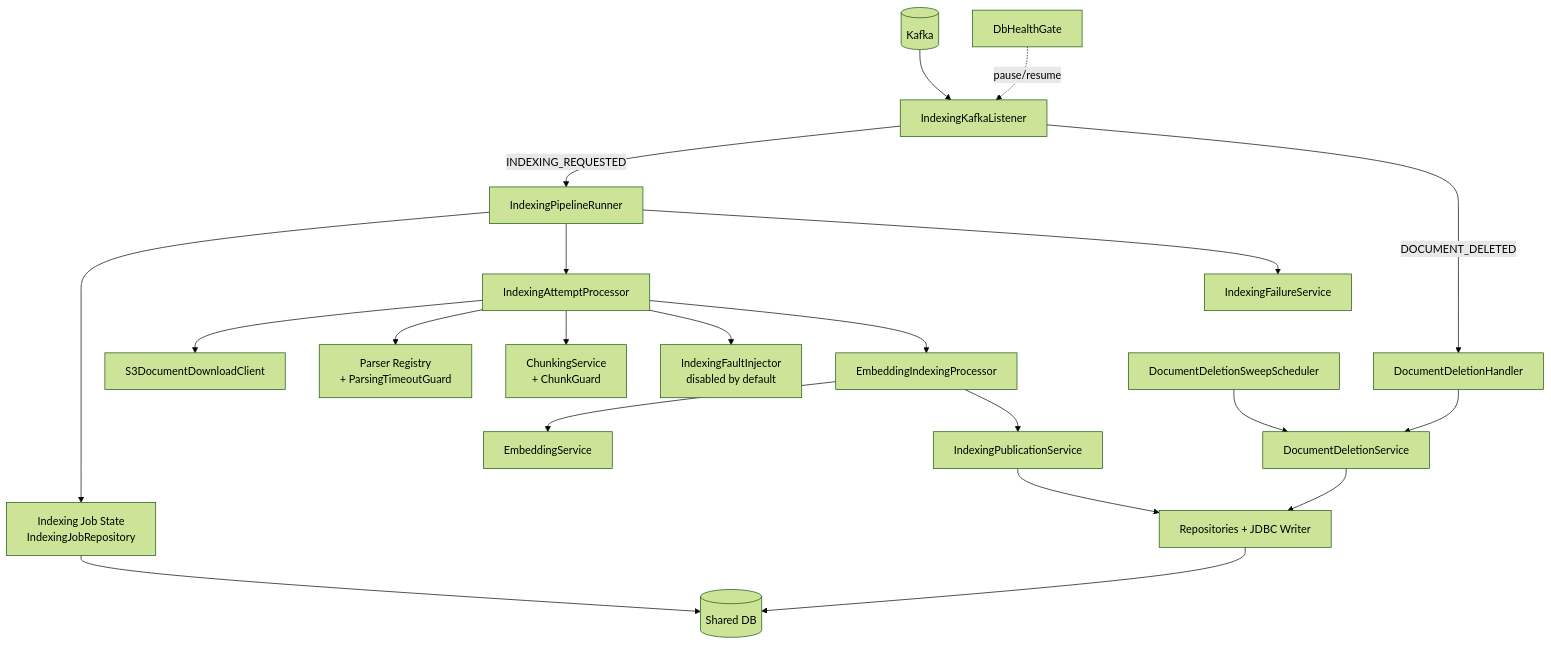
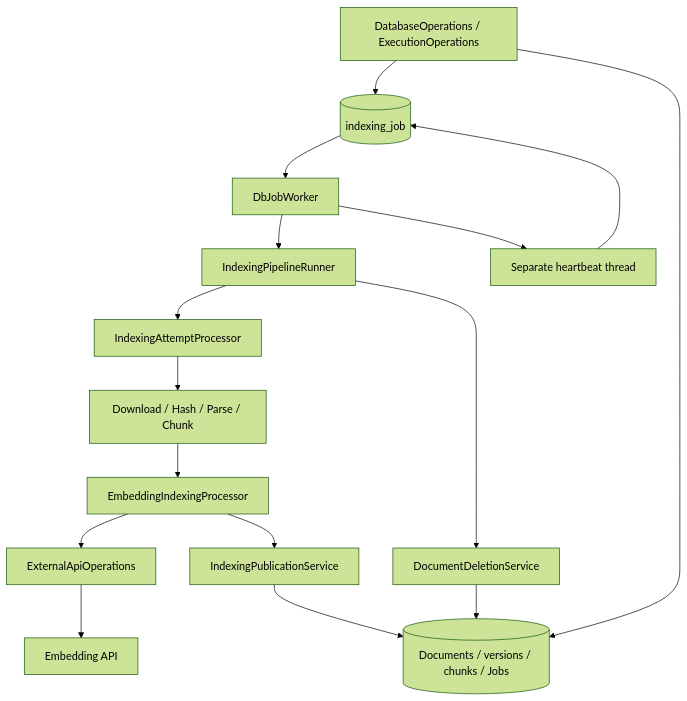
Before and after one commit to mash-up-kr/spr1n6-osscontest-worker: the diagram in docs/ARCHITECTURE_EN.md, drawn with Mermaid (forest theme). The commit also changed other lines of this file and 45 other files, not shown here.

````diff
--- a/docs/ARCHITECTURE_EN.md
+++ b/docs/ARCHITECTURE_EN.md
@@ -174,29 +10,18 @@
 ```mermaid
-flowchart TB
-    Kafka[(Kafka)] --> Listener[IndexingKafkaListener]
-
-    Listener -->|INDEXING_REQUESTED| Runner[IndexingPipelineRunner]
-    Listener -->|DOCUMENT_DELETED| DeleteHandler[DocumentDeletionHandler]
-
-    Runner --> JobStore[Indexing Job State<br/>IndexingJobRepository]
-    Runner --> Attempt[IndexingAttemptProcessor]
-    Runner --> Failure[IndexingFailureService]
-
-    Attempt --> Download[S3DocumentDownloadClient]
-    Attempt --> Parse[Parser Registry<br/>+ ParsingTimeoutGuard]
-    Attempt --> Chunk[ChunkingService<br/>+ ChunkGuard]
-    Attempt --> Fault[IndexingFaultInjector<br/>disabled by default]
-    Attempt --> Processor[EmbeddingIndexingProcessor]
-
-    Processor --> Embedding[EmbeddingService]
-    Processor --> Publication[IndexingPublicationService]
-    Publication --> Persistence[Repositories + JDBC Writer]
-
-    DeleteHandler --> DeleteService[DocumentDeletionService]
-    Sweep[DocumentDeletionSweepScheduler] --> DeleteService
-    DeleteService --> Persistence
-
-    Health[DbHealthGate] -. pause/resume .-> Listener
-    JobStore --> DB[(Shared DB)]
-    Persistence --> DB
+flowchart TD
+    Q[(indexing_job)] --> W[DbJobWorker]
+    W --> R[IndexingPipelineRunner]
+    W --> H[Separate heartbeat thread]
+    H --> Q
+    R --> A[IndexingAttemptProcessor]
+    A --> D[Download / Hash / Parse / Chunk]
+    D --> E[EmbeddingIndexingProcessor]
+    E --> X[ExternalApiOperations]
+    X --> API[Embedding API]
+    E --> P[IndexingPublicationService]
+    R --> DEL[DocumentDeletionService]
+    P --> DB[(Documents / versions / chunks / Jobs)]
+    DEL --> DB
+    B[DatabaseOperations / ExecutionOperations] --> Q
+    B --> DB
 ```
````
